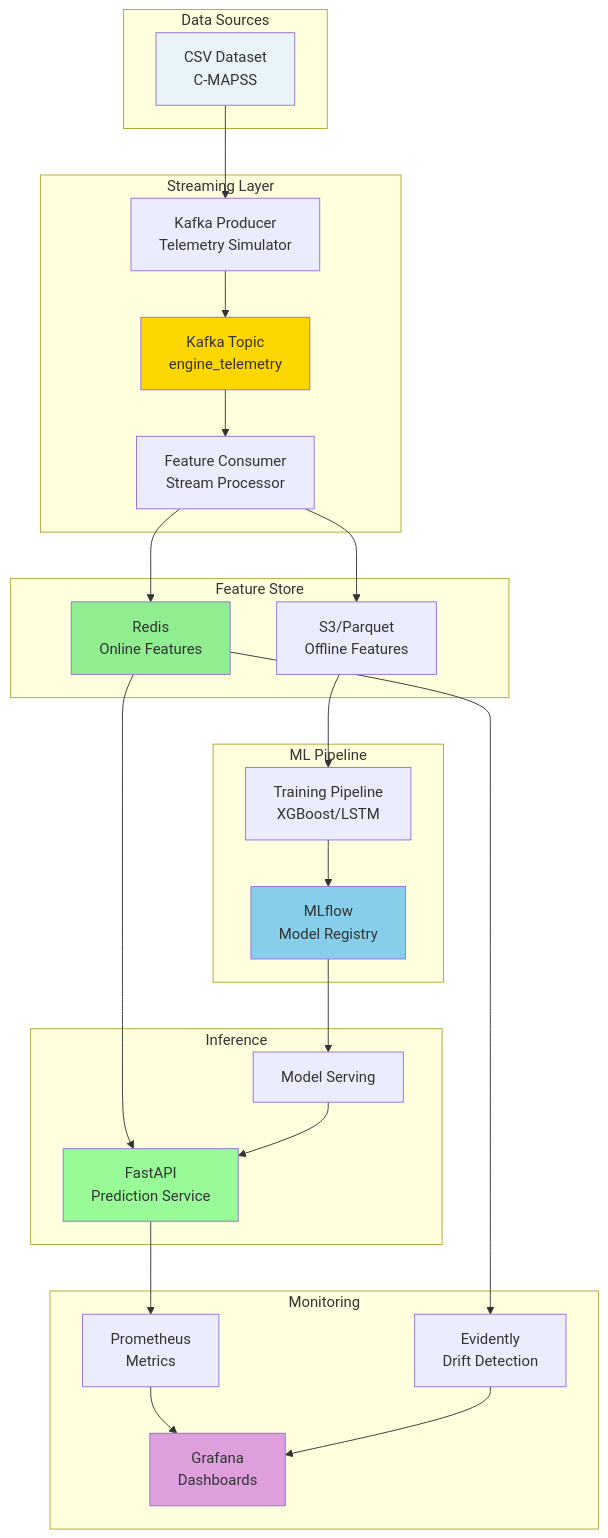
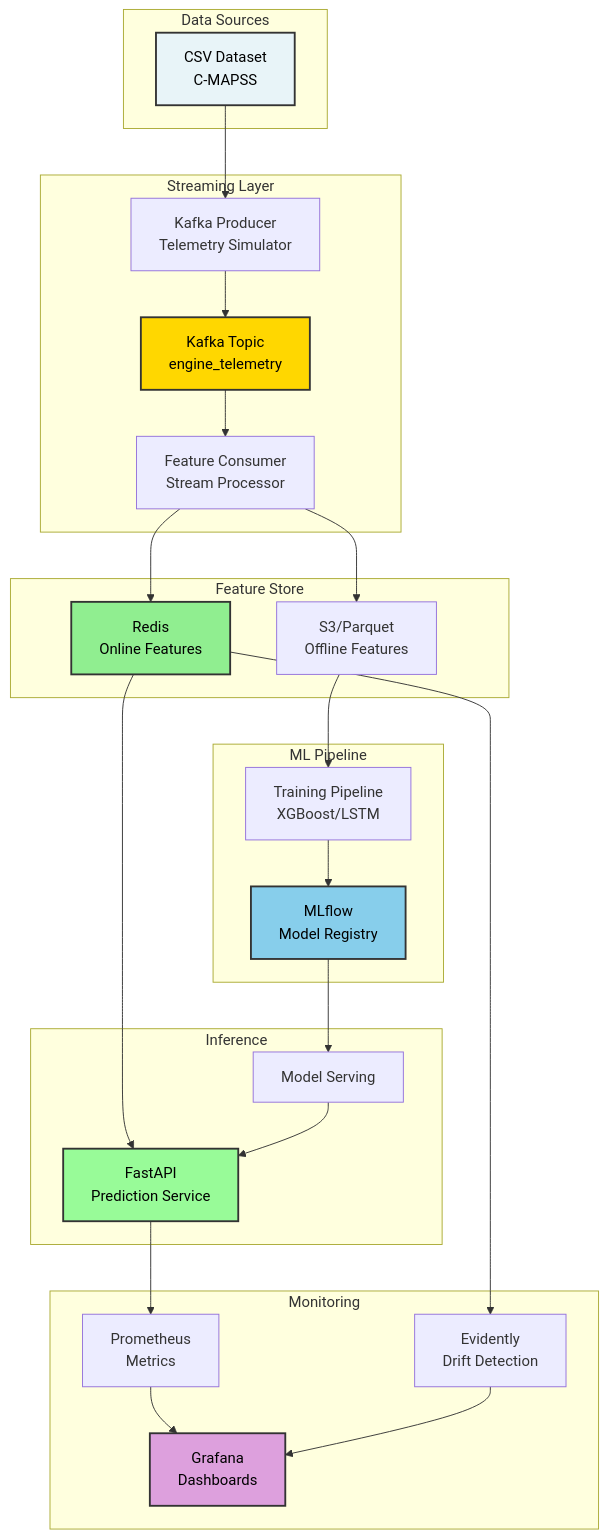
The first of 8 diagrams in docs/09_architecture.md (nasim-raj-laskar/Real-Time-Aircraft-Engine-Predictive-Maintenance-System), drawn with Mermaid before and after one commit. The commit also changed other lines of this file and 8 other files, not shown here.

````diff
--- a/docs/09_architecture.md
+++ b/docs/09_architecture.md
@@ -5,55 +5,55 @@
 ```mermaid
 flowchart TB
     subgraph Data Sources
         A[CSV Dataset<br/>C-MAPSS]
     end
     
     subgraph Streaming Layer
         B[Kafka Producer<br/>Telemetry Simulator]
         C[Kafka Topic<br/>engine_telemetry]
         D[Feature Consumer<br/>Stream Processor]
     end
     
     subgraph Feature Store
         E[Redis<br/>Online Features]
         F[S3/Parquet<br/>Offline Features]
     end
     
     subgraph ML Pipeline
         G[Training Pipeline<br/>XGBoost/LSTM]
         H[MLflow<br/>Model Registry]
     end
     
     subgraph Inference
         I[FastAPI<br/>Prediction Service]
         J[Model Serving]
     end
     
     subgraph Monitoring
         K[Prometheus<br/>Metrics]
         L[Grafana<br/>Dashboards]
         M[Evidently<br/>Drift Detection]
     end
     
     A --> B
     B --> C
     C --> D
     D --> E
     D --> F
     F --> G
     G --> H
     H --> J
     E --> I
     J --> I
     I --> K
     K --> L
     E --> M
     M --> L
     
-    style A fill:#E8F4F8
-    style C fill:#FFD700
-    style E fill:#90EE90
-    style H fill:#87CEEB
-    style I fill:#98FB98
-    style L fill:#DDA0DD
+    style A fill:#E8F4F8,stroke:#333,stroke-width:2px,color:#000
+    style C fill:#FFD700,stroke:#333,stroke-width:2px,color:#000
+    style E fill:#90EE90,stroke:#333,stroke-width:2px,color:#000
+    style H fill:#87CEEB,stroke:#333,stroke-width:2px,color:#000
+    style I fill:#98FB98,stroke:#333,stroke-width:2px,color:#000
+    style L fill:#DDA0DD,stroke:#333,stroke-width:2px,color:#000
 ```
````
